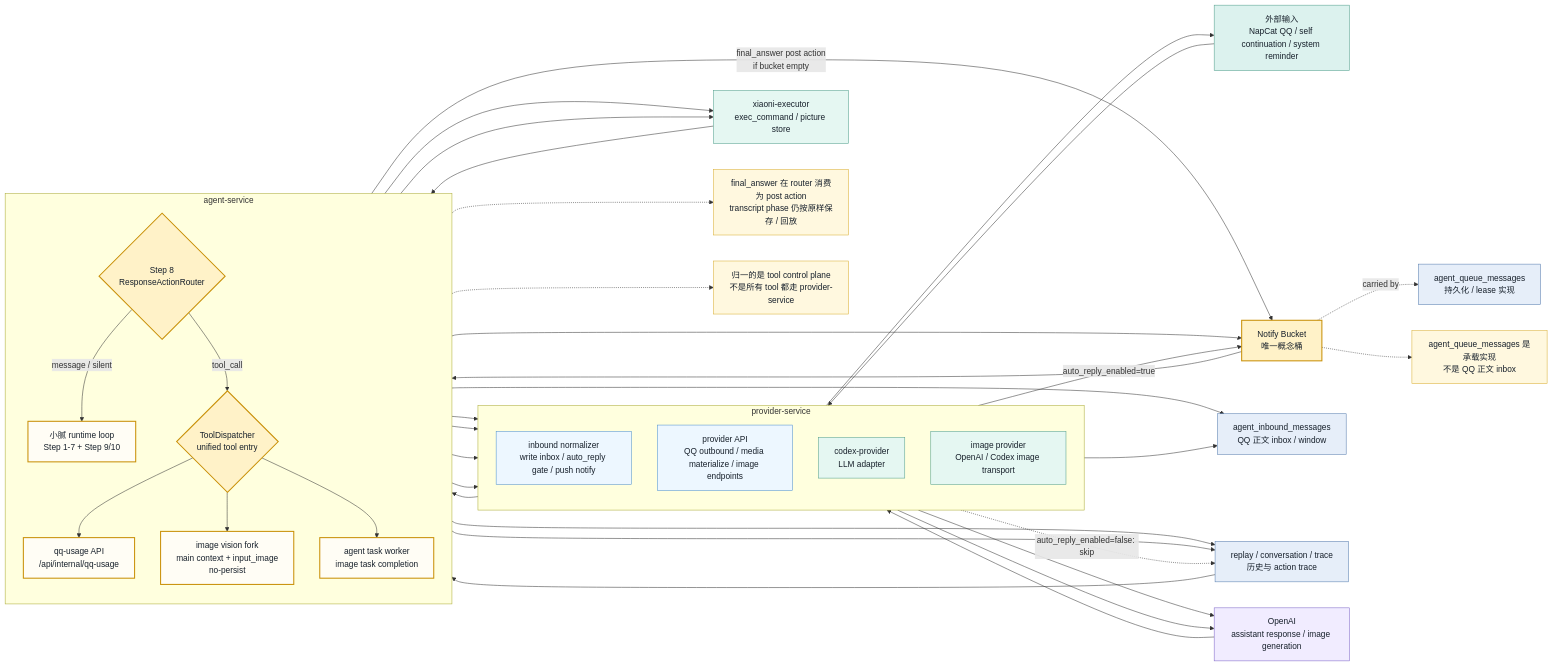
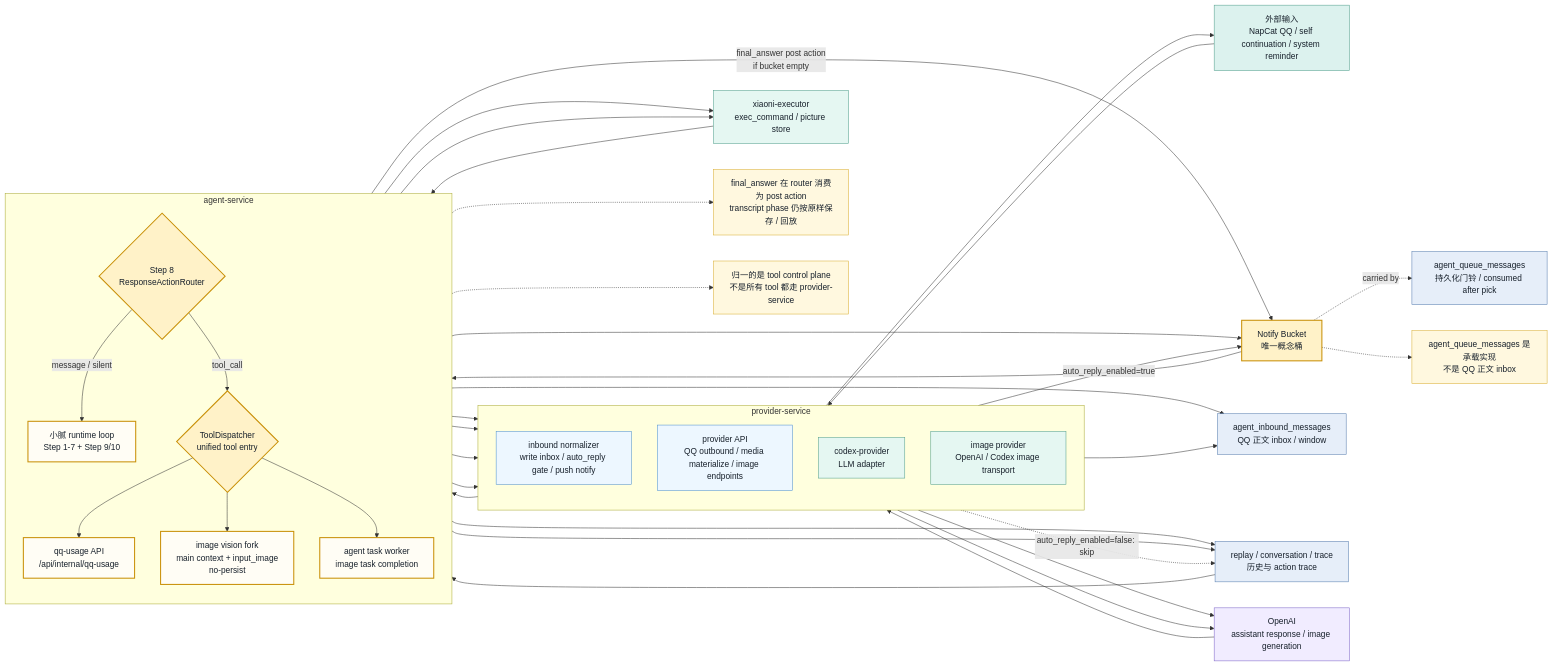
Before and after one commit to Hei-AI/xiaoni_cc: the diagram in docs/xiaoni-notify-runtime-component.mmd, drawn with Mermaid. The commit also changed 15 other files, not shown here.

```diff
--- a/docs/xiaoni-notify-runtime-component.mmd
+++ b/docs/xiaoni-notify-runtime-component.mmd
@@ -1,69 +1,69 @@
 flowchart LR
   %% Topology-oriented source for docs/xiaoni-notify-runtime-component.svg.
   %% The PlantUML file is the rendered source; this Mermaid file keeps the same semantic graph.
 
   classDef external fill:#dcf2ee,stroke:#4f9d8a,color:#17202b
   classDef provider fill:#edf7ff,stroke:#4d8fcb,color:#17202b
   classDef bucket fill:#fff2c8,stroke:#c99008,stroke-width:2px,color:#17202b
   classDef agent fill:#fffdf5,stroke:#c99008,stroke-width:2px,color:#17202b
   classDef step fill:#e6eef9,stroke:#557cad,color:#17202b
   classDef tool fill:#e5f7f2,stroke:#4f9d8a,color:#17202b
   classDef llm fill:#f1ecff,stroke:#7c63c7,color:#17202b
   classDef store fill:#e6eef9,stroke:#557cad,color:#17202b
   classDef note fill:#fff8df,stroke:#d8ad31,color:#17202b
 
   external["外部输入<br/>NapCat QQ / self continuation / system reminder"]:::external
   bucket["Notify Bucket<br/>唯一概念桶"]:::bucket
-  queue["agent_queue_messages<br/>持久化 / lease 实现"]:::store
+  queue["agent_queue_messages<br/>持久化门铃 / consumed after pick"]:::store
   inbox["agent_inbound_messages<br/>QQ 正文 inbox / window"]:::store
   history["replay / conversation / trace<br/>历史与 action trace"]:::store
   openai["OpenAI<br/>assistant response / image generation"]:::llm
   executor["xiaoni-executor<br/>exec_command / picture store"]:::tool
 
   subgraph provider["provider-service"]
     direction TB
     providerInbound["inbound normalizer<br/>write inbox / auto_reply gate / push notify"]:::provider
     providerApi["provider API<br/>QQ outbound / media materialize / image endpoints"]:::provider
     codexProvider["codex-provider<br/>LLM adapter"]:::tool
     imageProvider["image provider<br/>OpenAI / Codex image transport"]:::tool
   end
 
   subgraph agent["agent-service"]
     direction TB
     loop["小腻 runtime loop<br/>Step 1-7 + Step 9/10"]:::agent
     router{"Step 8<br/>ResponseActionRouter"}:::bucket
     dispatcher{"ToolDispatcher<br/>unified tool entry"}:::bucket
     qqUsageApi["qq-usage API<br/>/api/internal/qq-usage"]:::agent
     imageVisionFork["image vision fork<br/>main context + input_image<br/>no-persist"]:::agent
     taskWorker["agent task worker<br/>image task completion"]:::agent
   end
 
   noteRouter["final_answer 在 router 消费为 post action<br/>transcript phase 仍按原样保存 / 回放"]:::note
   noteDispatch["归一的是 tool control plane<br/>不是所有 tool 都走 provider-service"]:::note
   noteBucket["agent_queue_messages 是承载实现<br/>不是 QQ 正文 inbox"]:::note
 
   external --> providerInbound
   providerInbound --> inbox
   providerInbound -- "auto_reply_enabled=true" --> bucket
   providerInbound -. "auto_reply_enabled=false: skip" .-> history
   bucket -. "carried by" .-> queue
   bucket --> loop
   bucket -.-> noteBucket
 
   loop --> codexProvider --> openai --> codexProvider --> router
   router --> history
   router -- "final_answer post action<br/>if bucket empty" --> bucket
   router -- "tool_call" --> dispatcher
   router -- "message / silent" --> loop
   router -.-> noteRouter
 
   dispatcher --> qqUsageApi --> inbox
   dispatcher --> imageVisionFork --> codexProvider
   dispatcher --> providerApi --> external
   dispatcher --> executor --> dispatcher
   dispatcher --> taskWorker --> imageProvider --> openai
   taskWorker --> executor
   taskWorker --> bucket
   dispatcher -.-> noteDispatch
 
   loop --> history --> loop
```
